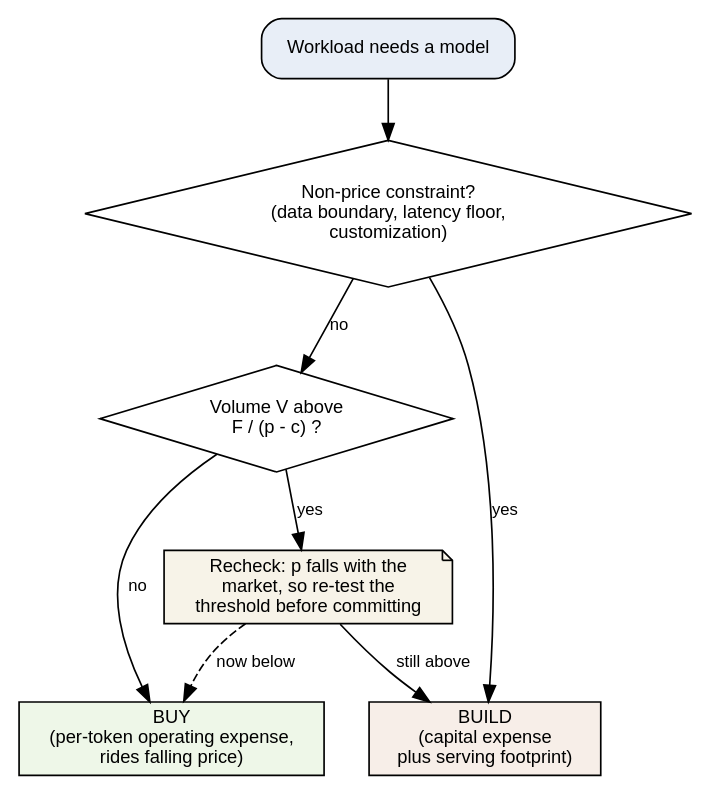
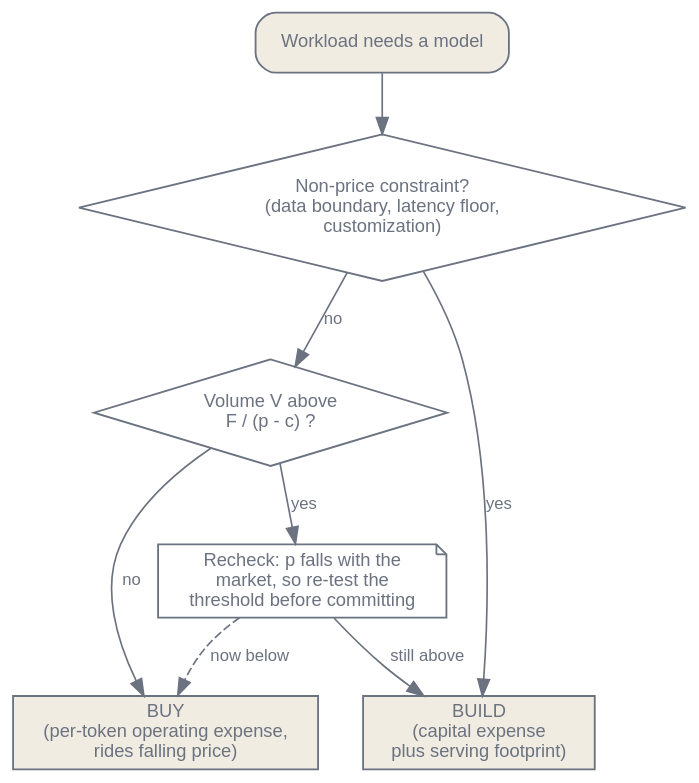
One commit to latere-ai/ai-as-an-infrastructure changed the second of 2 diagrams in en/p9-ecosystem/37-economics.qmd. Above: the diagram before and after it, drawn with Graphviz. The commit also changed other lines of this file and 186 other files, not shown here.

First line of the commit message:
book: visual audit pass on all diagrams and figures

````diff
--- a/en/p9-ecosystem/37-economics.qmd
+++ b/en/p9-ecosystem/37-economics.qmd
@@ -254,24 +257,25 @@
 ```{dot}
 //| label: fig-economics-build-buy
 //| fig-cap: "The build-versus-buy decision as a branching path. A non-price constraint forces build outright. Otherwise the volume threshold decides, and the falling API price routes the answer back through a recheck before capital is committed."
 digraph build_buy {
+  bgcolor="transparent";
   rankdir=TB;
-  node [fontname="Helvetica", fontsize=11];
-  edge [fontname="Helvetica", fontsize=10];
+  node [fontname="Helvetica", fontsize=11, color="#6b7280", fontcolor="#6b7280", penwidth=1.1];
+  edge [fontname="Helvetica", fontsize=10, color="#6b7280", fontcolor="#6b7280"];
 
-  start [shape=box, style="rounded,filled", fillcolor="#e8eef7", label="Workload needs a model"];
+  start [shape=box, style="rounded,filled", fillcolor="#f1ece1", label="Workload needs a model"];
   constraint [shape=diamond, label="Non-price constraint?\n(data boundary, latency floor,\ncustomization)"];
   volume [shape=diamond, label="Volume V above\nF / (p - c) ?"];
-  build [shape=box, style=filled, fillcolor="#f7eee8", label="BUILD\n(capital expense\nplus serving footprint)"];
-  buy [shape=box, style=filled, fillcolor="#eef7e8", label="BUY\n(per-token operating expense,\nrides falling price)"];
-  recheck [shape=note, style=filled, fillcolor="#f7f3e8", label="Recheck: p falls with the\nmarket, so re-test the\nthreshold before committing"];
+  build [shape=box, style=filled, fillcolor="#f1ece1", label="BUILD\n(capital expense\nplus serving footprint)"];
+  buy [shape=box, style=filled, fillcolor="#f1ece1", label="BUY\n(per-token operating expense,\nrides falling price)"];
+  recheck [shape=note, label="Recheck: p falls with the\nmarket, so re-test the\nthreshold before committing"];
 
   start -> constraint;
   constraint -> build [label="yes"];
   constraint -> volume [label="no"];
   volume -> recheck [label="yes"];
   volume -> buy [label="no"];
   recheck -> build [label="still above"];
   recheck -> buy [label="now below", style=dashed];
 }
 ```
````
